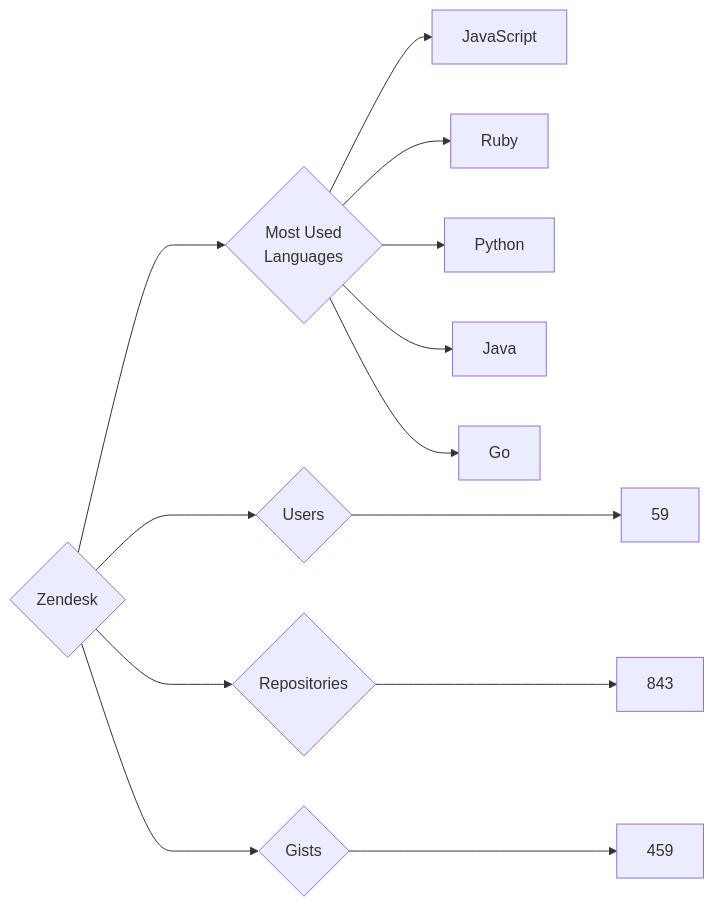
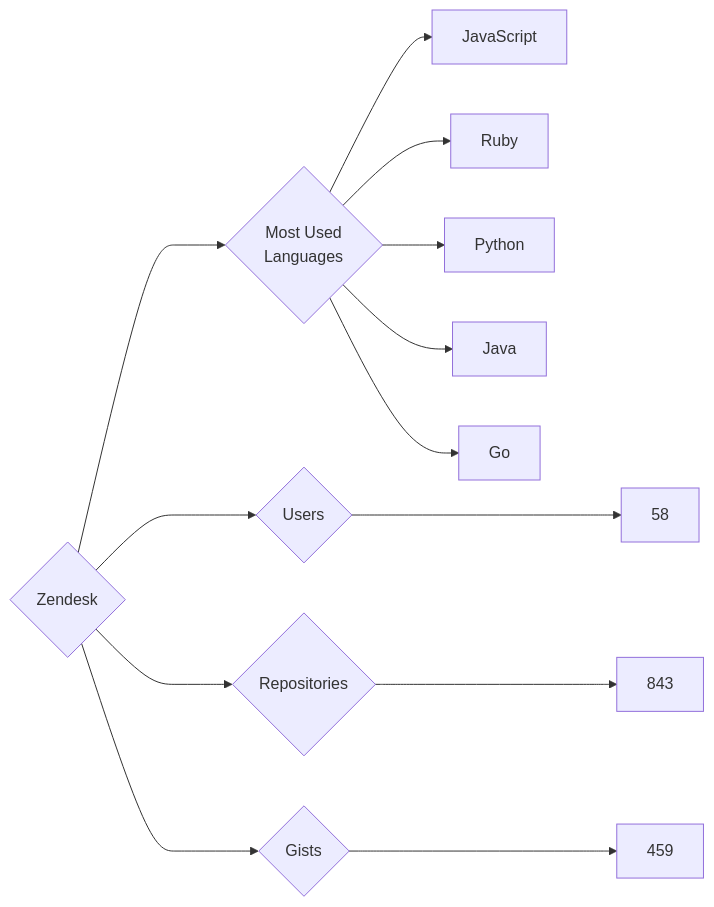
Before and after one commit to trickest/insiders: the diagram in targets/Zendesk/README.md, drawn with Mermaid. The commit also changed 534 other files, not shown here.

````diff
--- a/targets/Zendesk/README.md
+++ b/targets/Zendesk/README.md
@@ -3,13 +3,13 @@
 ```mermaid
 graph LR
 COMPANY_NAME{Zendesk}
-COMPANY_NAME ---> U{Users} ---> UN[59]
+COMPANY_NAME ---> U{Users} ---> UN[58]
 COMPANY_NAME ---> R{Repositories} ---> RN[843]
 COMPANY_NAME ---> G{Gists} ---> GN[459]
 COMPANY_NAME ---> ML{Most Used<br>Languages}
 ML --> JavaScript[JavaScript]
 ML --> Ruby[Ruby]
 ML --> Python[Python]
 ML --> Java[Java]
 ML --> Go[Go]
 ```
````
